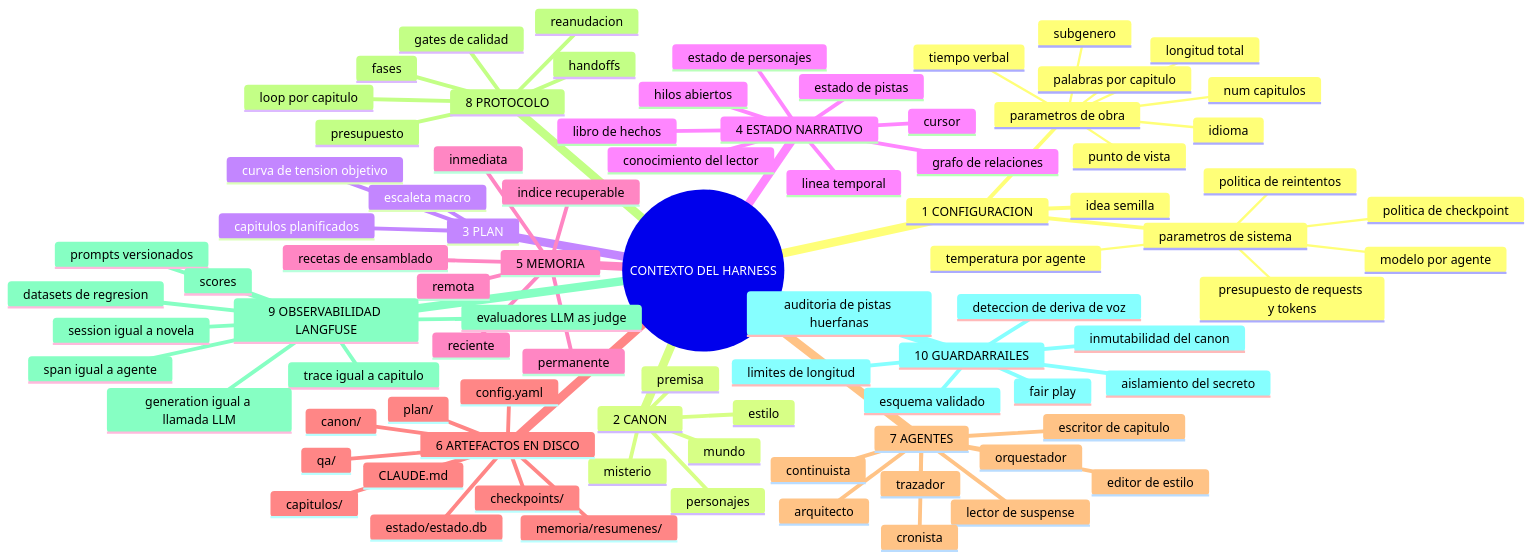
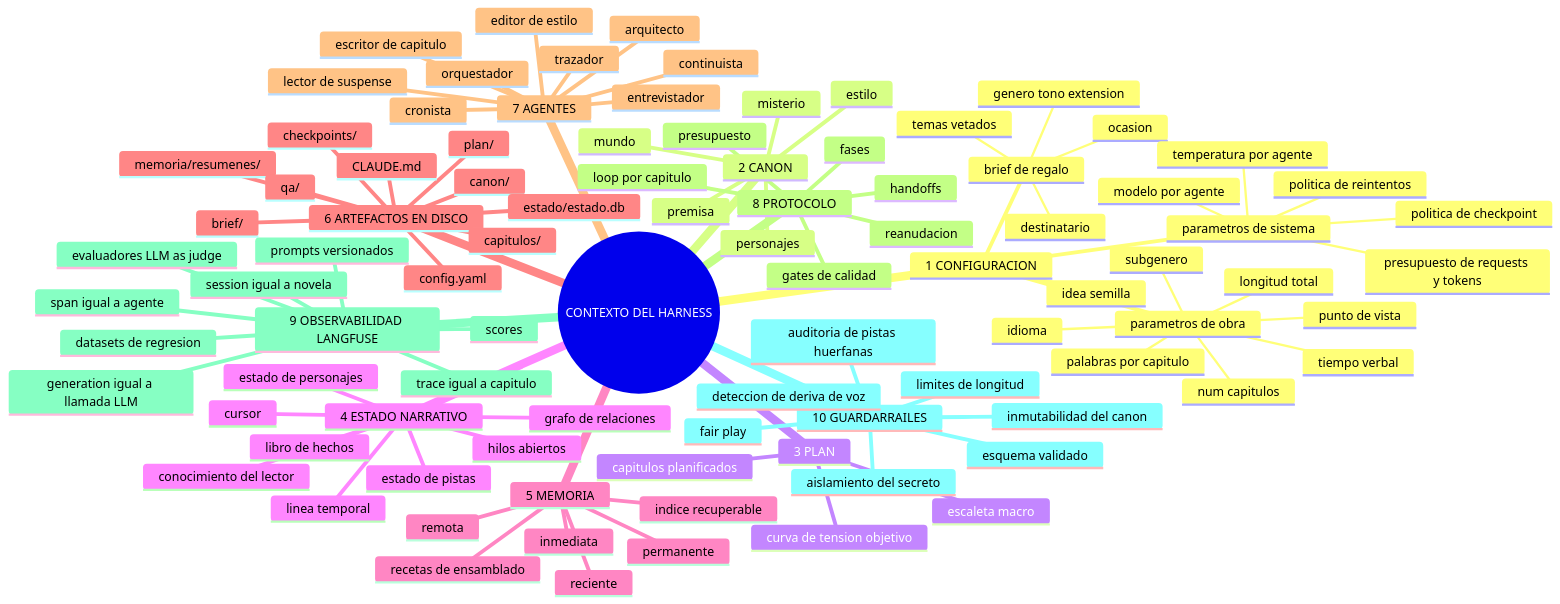
The first of 6 diagrams in docs/domain-knowledge.md (4rtuz/story-maker), drawn with Mermaid before and after one commit. The commit also changed other lines of this file and 4 other files, not shown here.

```diff
--- a/docs/domain-knowledge.md
+++ b/docs/domain-knowledge.md
@@ -11,6 +11,11 @@
   root((CONTEXTO DEL HARNESS))
     1 CONFIGURACION
       idea semilla
+      brief de regalo
+        ocasion
+        destinatario
+        genero tono extension
+        temas vetados
       parametros de obra
         longitud total
         num capitulos
@@ -53,6 +58,7 @@
       recetas de ensamblado
     6 ARTEFACTOS EN DISCO
       config.yaml
+      brief/
       canon/
       plan/
       estado/estado.db
@@ -63,6 +69,7 @@
       CLAUDE.md
     7 AGENTES
       orquestador
+      entrevistador
       arquitecto
       trazador
       escritor de capitulo
```
